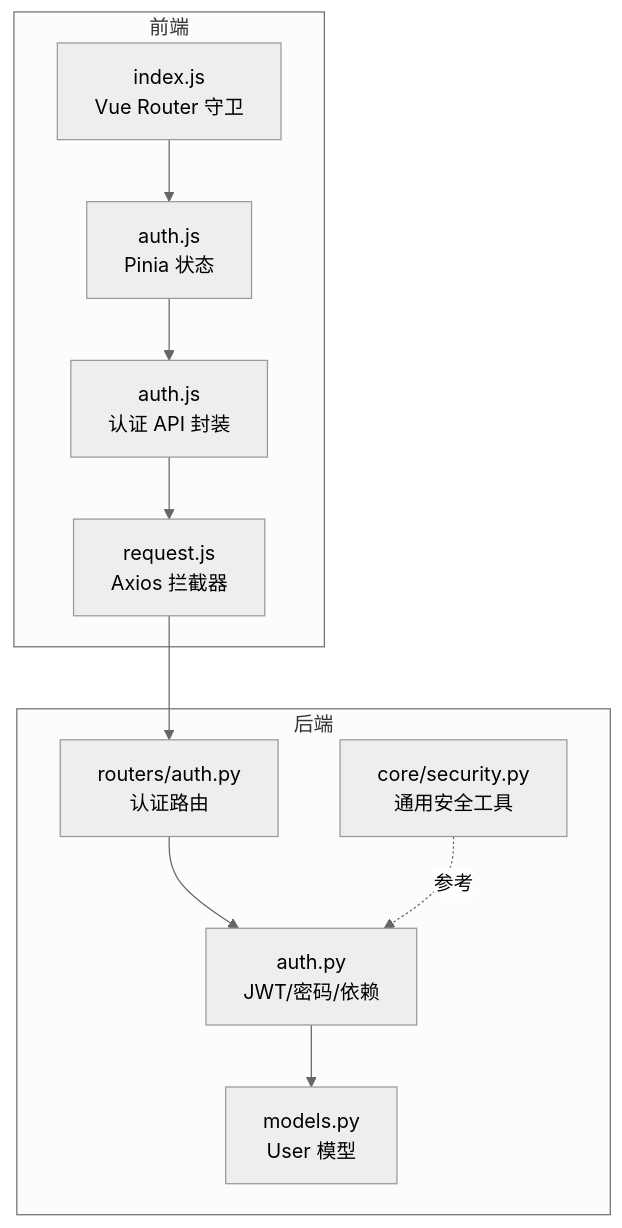
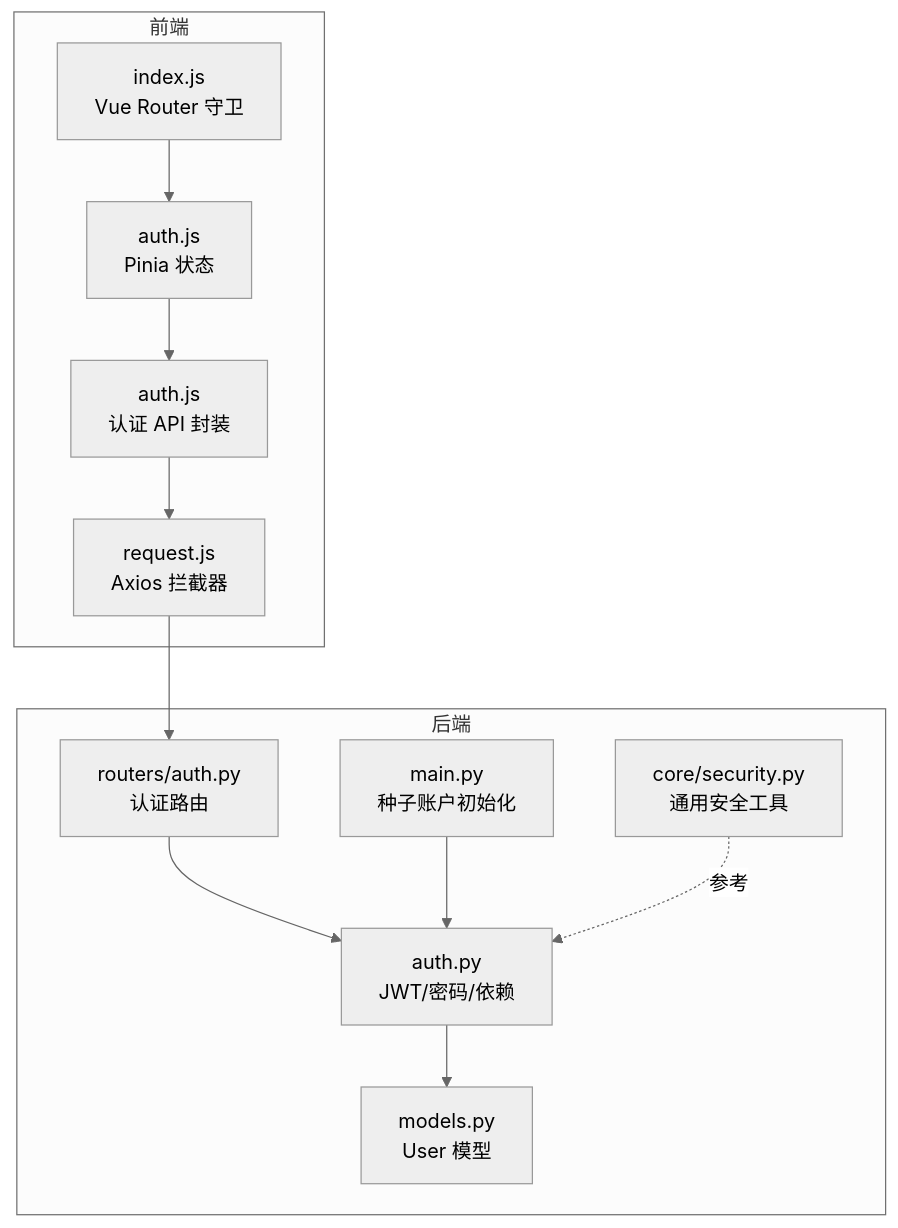
Before and after one commit to xgd561/performance_evaluation_system: the first of 10 diagrams in .qoder/repowiki/zh/content/认证与授权/认证与授权.md, drawn with Mermaid (neutral theme). The commit also changed other lines of this file and 56 other files, not shown here.

````diff
--- a/.qoder/repowiki/zh/content/认证与授权/认证与授权.md
+++ b/.qoder/repowiki/zh/content/认证与授权/认证与授权.md
@@ -40,22 +48,24 @@
 ```mermaid
 graph TB
 subgraph "前端"
 FE_Store["auth.js<br/>Pinia 状态"]
 FE_Request["request.js<br/>Axios 拦截器"]
 FE_Router["index.js<br/>Vue Router 守卫"]
 FE_API_Auth["auth.js<br/>认证 API 封装"]
 end
 subgraph "后端"
 BE_Router["routers/auth.py<br/>认证路由"]
 BE_Auth["auth.py<br/>JWT/密码/依赖"]
+BE_Main["main.py<br/>种子账户初始化"]
 BE_CoreSec["core/security.py<br/>通用安全工具"]
 BE_Models["models.py<br/>User 模型"]
 end
 FE_Store --> FE_API_Auth
 FE_API_Auth --> FE_Request
 FE_Request --> BE_Router
 FE_Router --> FE_Store
 BE_Router --> BE_Auth
 BE_Auth --> BE_Models
+BE_Main --> BE_Auth
 BE_CoreSec -. 参考 .-> BE_Auth
 ```
````
